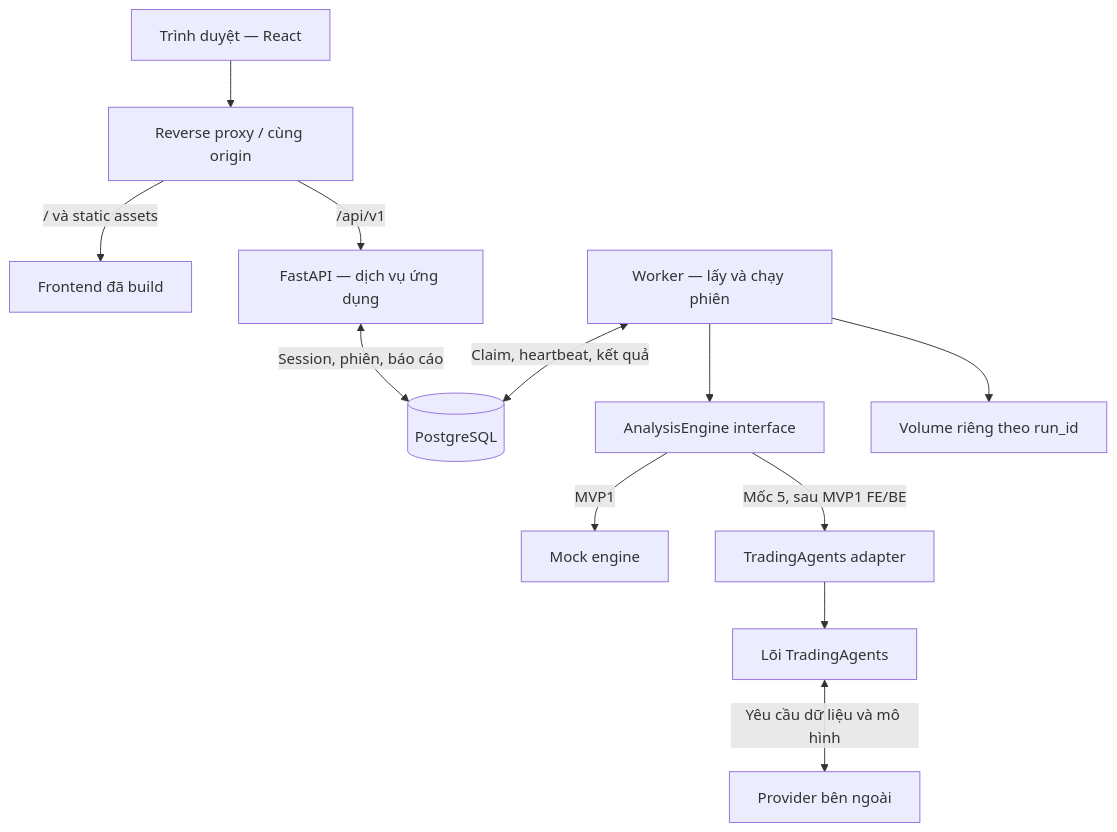
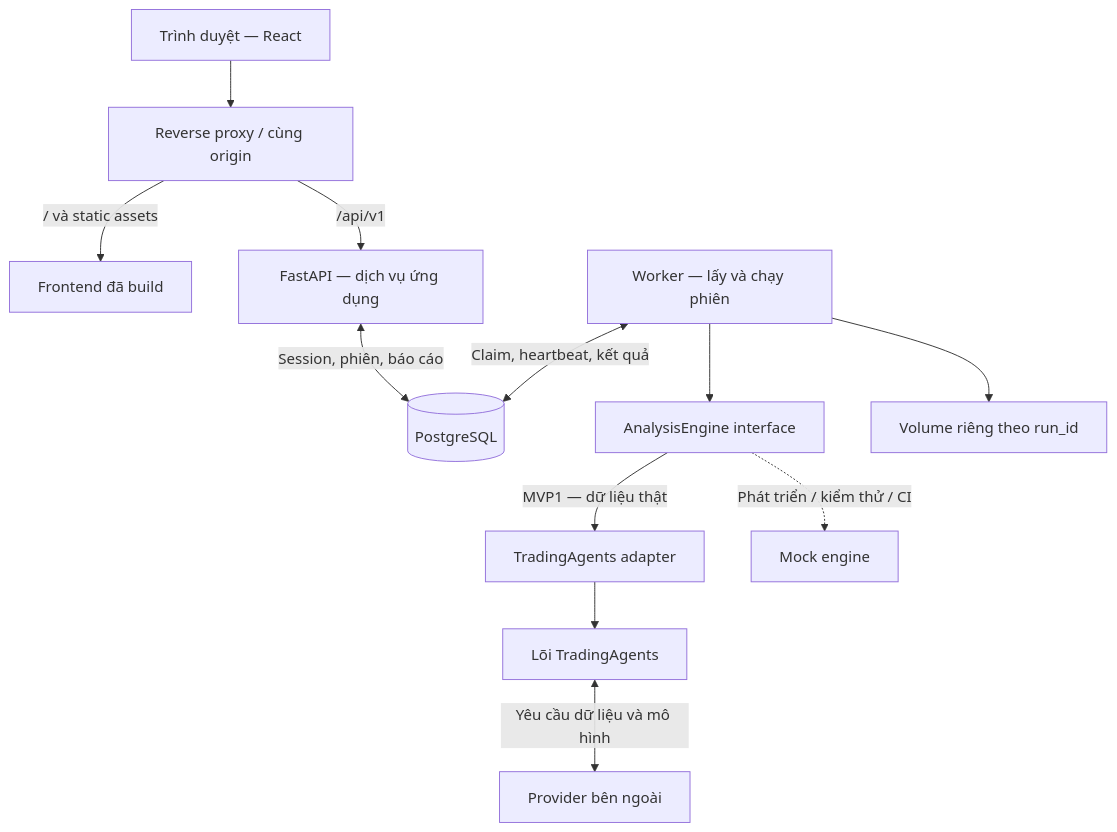
One commit to SoiBeo1010/DACN changed the first of 2 diagrams in docs/system-architecture.md. Above: the diagram before and after it, drawn with Mermaid. The commit also changed other lines of this file and 9 other files, not shown here.

Commit message:
Require live TradingAgents integration in MVP1 docs

````diff
--- a/docs/system-architecture.md
+++ b/docs/system-architecture.md
@@ -40,14 +40,14 @@
 ```mermaid
 flowchart TD
     Browser["Trình duyệt — React"] --> Gateway["Reverse proxy / cùng origin"]
     Gateway -->|"/ và static assets"| Web["Frontend đã build"]
     Gateway -->|"/api/v1"| API["FastAPI — dịch vụ ứng dụng"]
     API <-->|"Session, phiên, báo cáo"| DB[("PostgreSQL")]
     Worker["Worker — lấy và chạy phiên"] <-->|"Claim, heartbeat, kết quả"| DB
     Worker --> Port["AnalysisEngine interface"]
-    Port -->|"MVP1"| Mock["Mock engine"]
-    Port -->|"Mốc 5, sau MVP1 FE/BE"| Adapter["TradingAgents adapter"]
+    Port -->|"MVP1 — dữ liệu thật"| Adapter["TradingAgents adapter"]
     Adapter --> Core["Lõi TradingAgents"]
     Core <-->|"Yêu cầu dữ liệu và mô hình"| External["Provider bên ngoài"]
+    Port -.->|"Phát triển / kiểm thử / CI"| Mock["Mock engine"]
     Worker --> Storage["Volume riêng theo run_id"]
 ```
````
